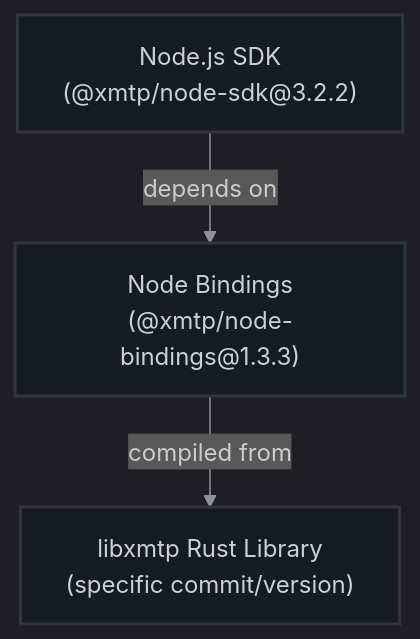
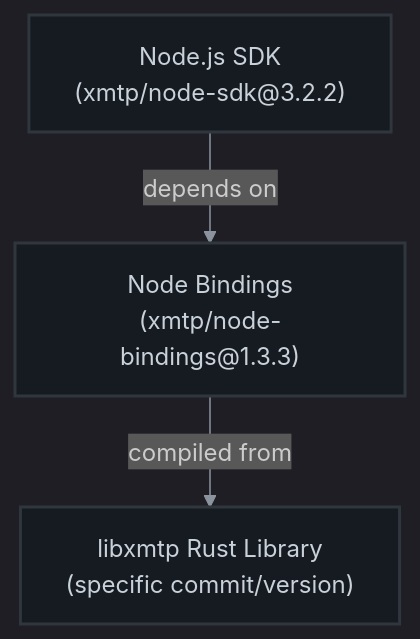
Before and after one commit to xmtp/xmtp-qa-tools: the diagram in docs/version-management.md, drawn with Mermaid.

Commit message:
Update package references for consistency in docs

````diff
--- a/docs/version-management.md
+++ b/docs/version-management.md
@@ -7,13 +7,13 @@
 ```mermaid
 %%{init: {'theme': 'dark', 'themeVariables': { 'primaryColor': '#0D1117', 'primaryTextColor': '#c9d1d9', 'primaryBorderColor': '#30363d', 'lineColor': '#8b949e', 'secondaryColor': '#161b22', 'tertiaryColor': '#161b22' }}}%%
 
 flowchart TD
-  nodeSDK["Node.js SDK<br/>(@xmtp/node-sdk@3.2.2)"]
-  nodeBindings["Node Bindings<br/>(@xmtp/node-bindings@1.3.3)"]
+  nodeSDK["Node.js SDK<br/>(xmtp/node-sdk@3.2.2)"]
+  nodeBindings["Node Bindings<br/>(xmtp/node-bindings@1.3.3)"]
   libxmtp["libxmtp Rust Library<br/>(specific commit/version)"]
 
   nodeSDK --> |depends on| nodeBindings
   nodeBindings --> |compiled from| libxmtp
 
   classDef default fill:#161b22,stroke:#30363d,stroke-width:2px,color:#c9d1d9;
 ```
````
